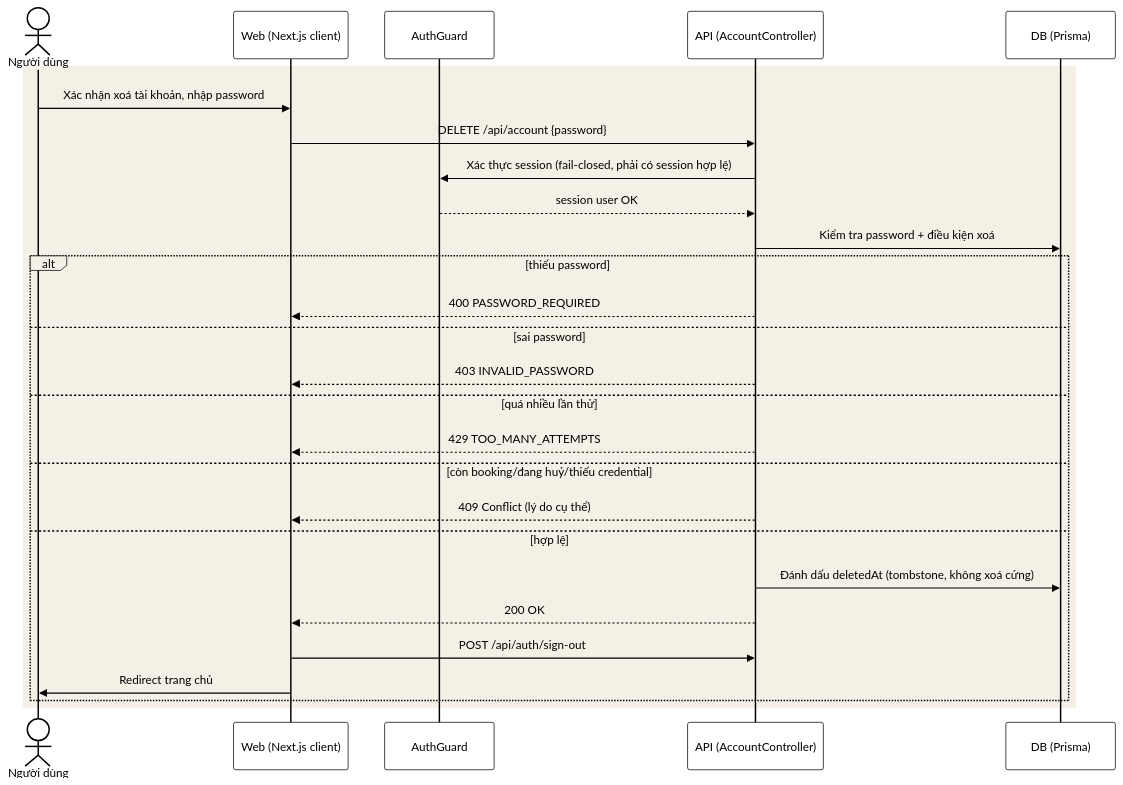
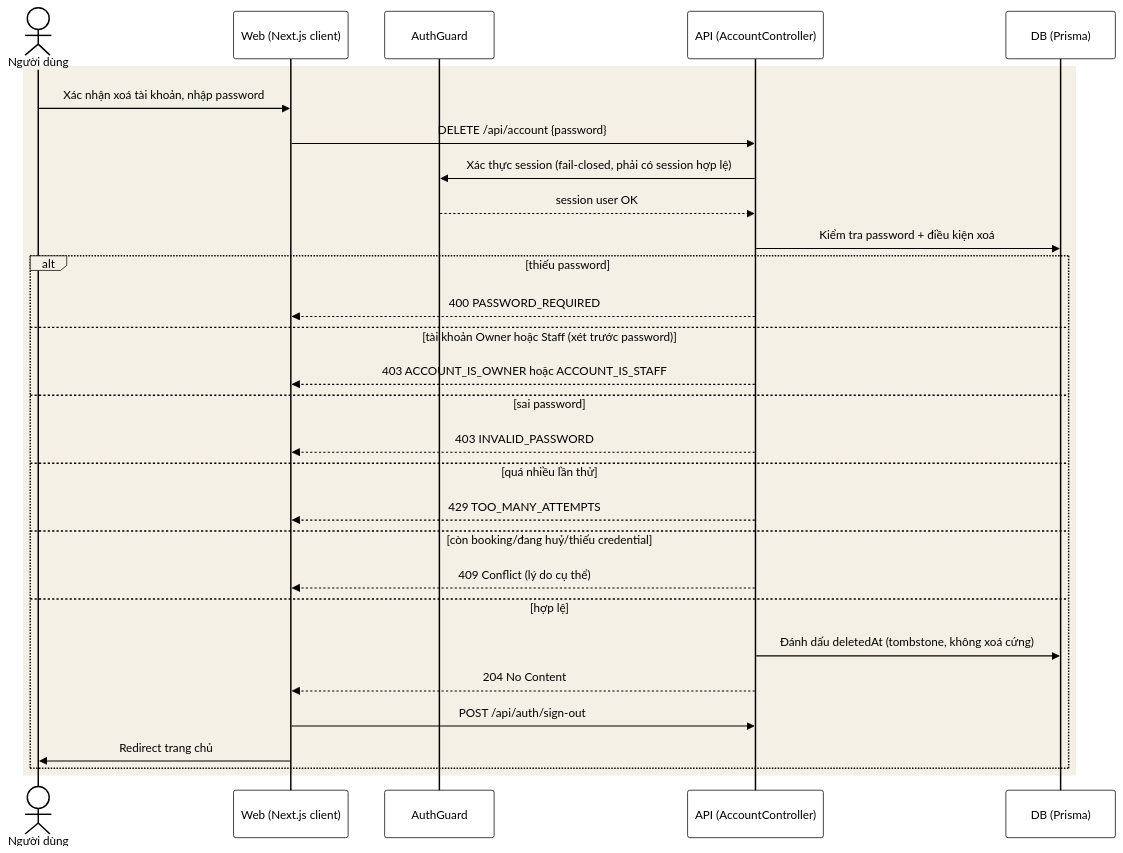
One commit to yurivolkov21/Tourism-Platform-V2 changed the ninth of 9 diagrams in docs/guides/auth-flow-sequence-diagrams.md. Above: the diagram before and after it, drawn with Mermaid. The commit also changed 2 other files, not shown here.

Commit message:
docs: sơ đồ luồng xoá tài khoản có nhánh Owner và Staff, mở G58 cho app mobile

````diff
--- a/docs/guides/auth-flow-sequence-diagrams.md
+++ b/docs/guides/auth-flow-sequence-diagrams.md
@@ -348,39 +348,41 @@
 ```mermaid
 %%{init: {'theme':'base', 'themeVariables': {
   'primaryColor': '#FFFFFF','primaryBorderColor': '#000000','primaryTextColor': '#000000',
   'actorBkg': '#FFFFFF','actorBorder': '#000000','actorTextColor': '#000000','actorLineColor': '#000000',
   'signalColor': '#000000','signalTextColor': '#000000',
   'labelBoxBkgColor': '#F5F0E6','labelBoxBorderColor': '#000000','labelTextColor': '#000000','loopTextColor': '#000000',
   'noteBkgColor': '#EDE3CC','noteBorderColor': '#000000','noteTextColor': '#000000',
   'activationBkgColor': '#F5F0E6','activationBorderColor': '#000000'
 }}}%%
 sequenceDiagram
     actor U as Người dùng
     participant W as Web (Next.js client)
     participant G as AuthGuard
     participant A as API (AccountController)
     participant DB as DB (Prisma)
 
     rect rgb(245, 240, 230)
     U->>W: Xác nhận xoá tài khoản, nhập password
     W->>A: DELETE /api/account {password}
     A->>G: Xác thực session (fail-closed, phải có session hợp lệ)
     G-->>A: session user OK
 
     A->>DB: Kiểm tra password + điều kiện xoá
     alt thiếu password
         A-->>W: 400 PASSWORD_REQUIRED
+    else tài khoản Owner hoặc Staff (xét trước password)
+        A-->>W: 403 ACCOUNT_IS_OWNER hoặc ACCOUNT_IS_STAFF
     else sai password
         A-->>W: 403 INVALID_PASSWORD
     else quá nhiều lần thử
         A-->>W: 429 TOO_MANY_ATTEMPTS
     else còn booking/đang huỷ/thiếu credential
         A-->>W: 409 Conflict (lý do cụ thể)
     else hợp lệ
         A->>DB: Đánh dấu deletedAt (tombstone, không xoá cứng)
-        A-->>W: 200 OK
+        A-->>W: 204 No Content
         W->>A: POST /api/auth/sign-out
         W->>U: Redirect trang chủ
     end
     end
 ```
````
